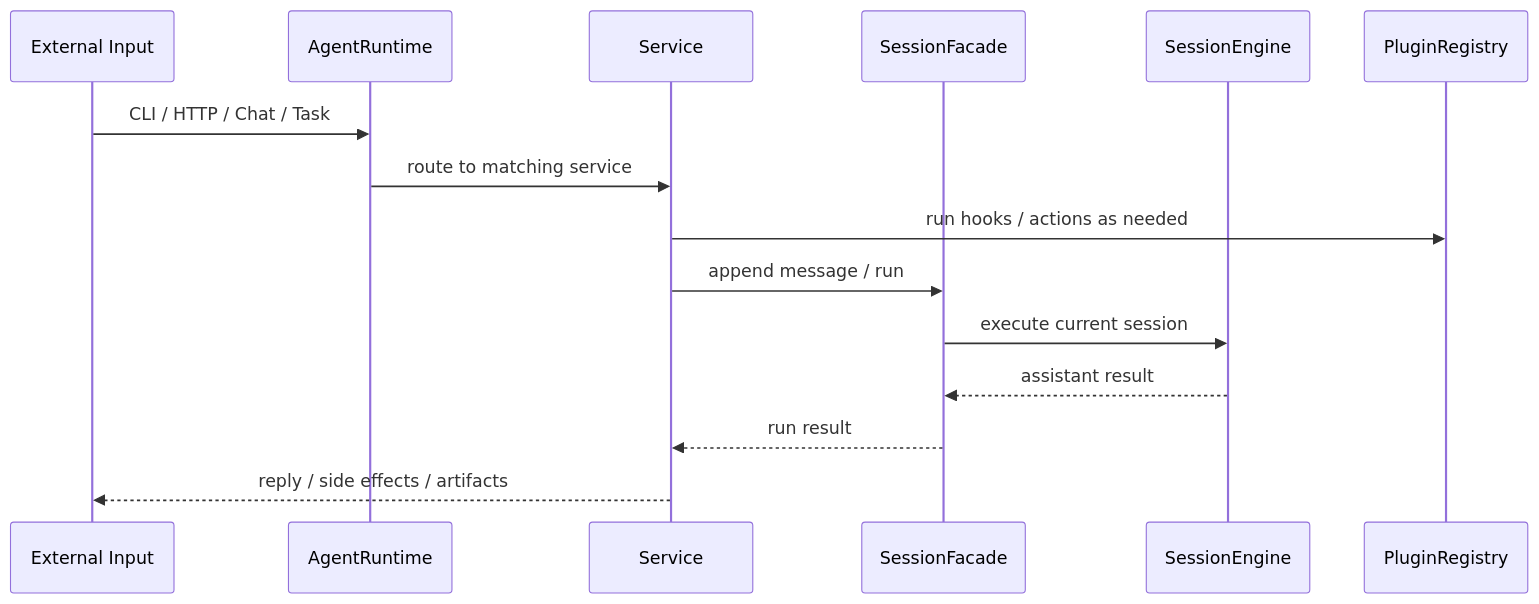
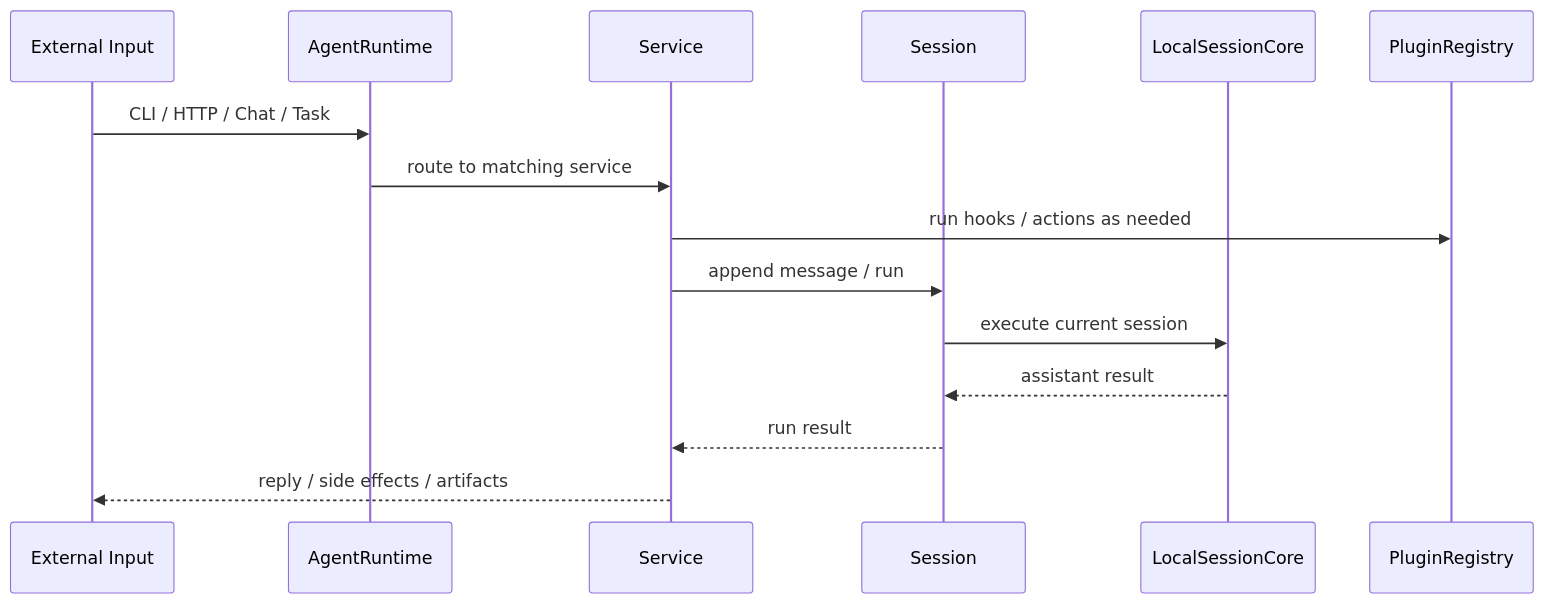
The third of 3 diagrams in homepage/content/devdocs/en/package/runtime-and-services.mdx (wangenius/downcity), drawn with Mermaid before and after one commit. The commit also changed other lines of this file and 304 other files, not shown here.

Commit message:
refactor(agent): reorganize package architecture

````diff
--- a/homepage/content/devdocs/en/package/runtime-and-services.mdx
+++ b/homepage/content/devdocs/en/package/runtime-and-services.mdx
@@ -183,18 +183,18 @@
 ```mermaid
 sequenceDiagram
   participant In as External Input
   participant Agent as AgentRuntime
   participant Service as Service
-  participant Session as SessionFacade
-  participant Core as SessionEngine
+  participant Session as Session
+  participant Core as LocalSessionCore
   participant Plugin as PluginRegistry
 
   In->>Agent: CLI / HTTP / Chat / Task
   Agent->>Service: route to matching service
   Service->>Plugin: run hooks / actions as needed
   Service->>Session: append message / run
   Session->>Core: execute current session
   Core-->>Session: assistant result
   Session-->>Service: run result
   Service-->>In: reply / side effects / artifacts
 ```
````
